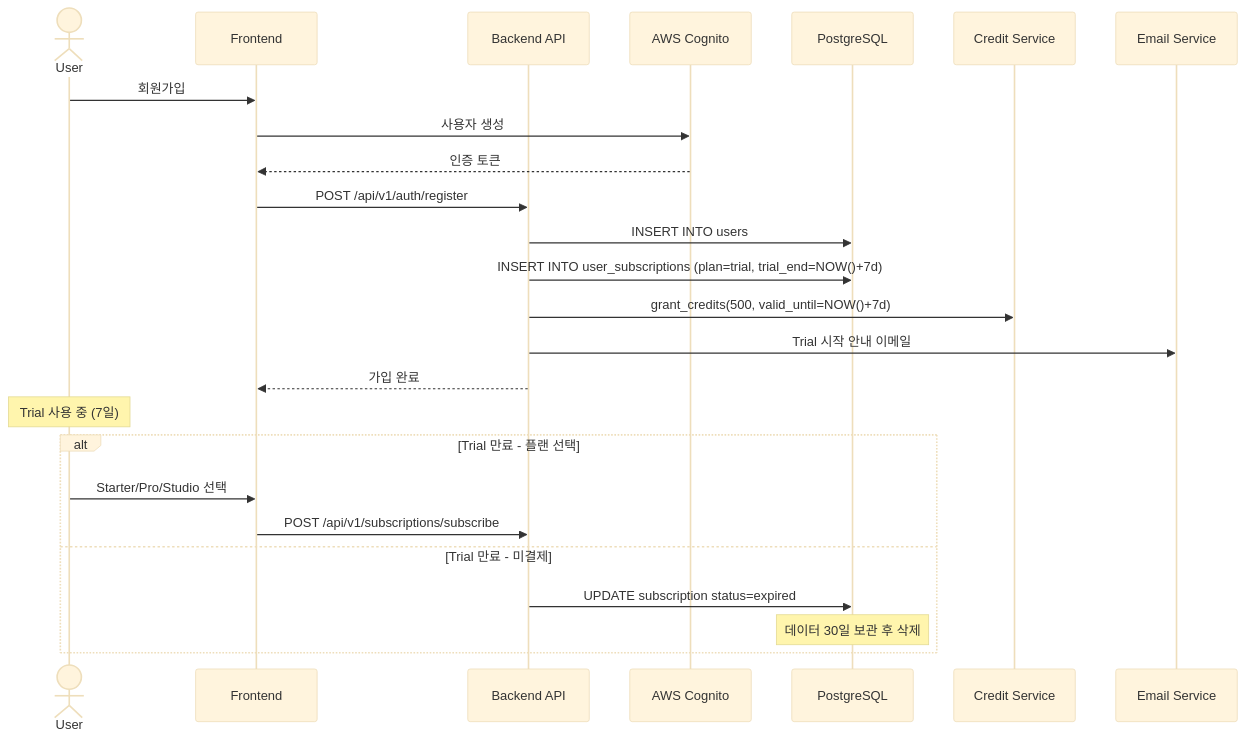
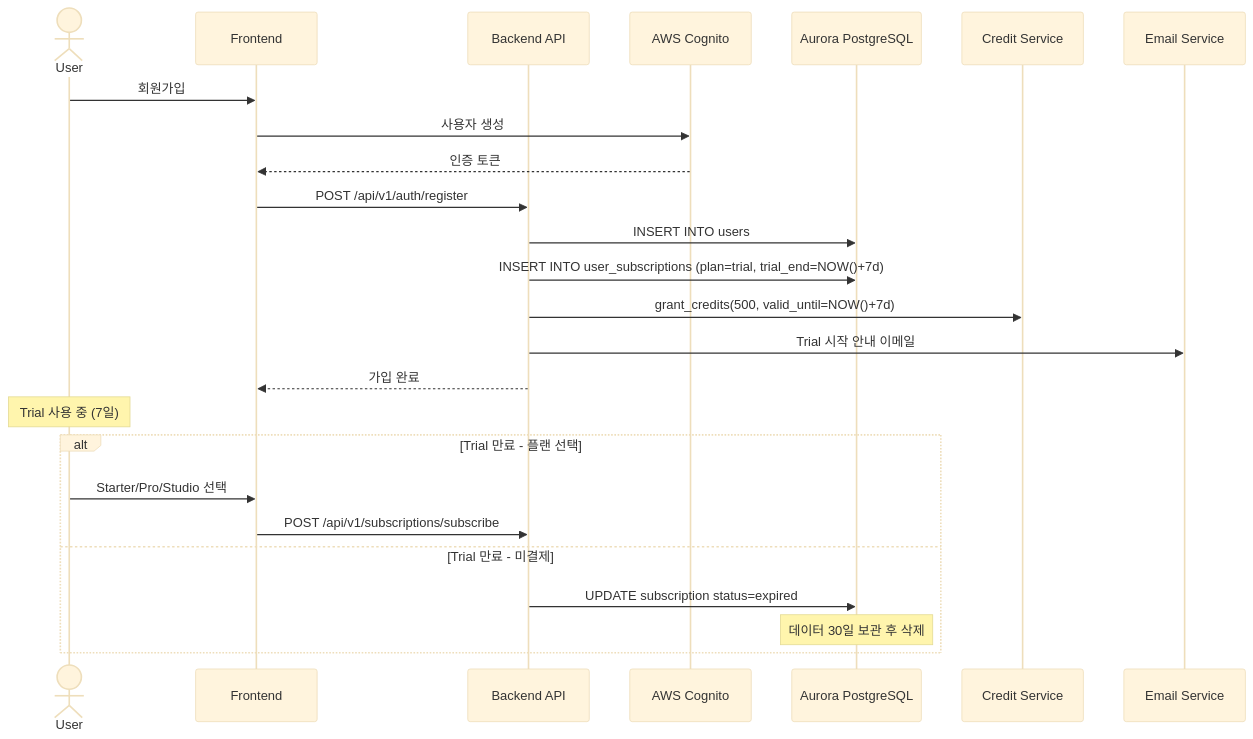
One commit to Pinksea-AI/InvokeAI changed the seventh of 11 diagrams in docs/saas-analysis/05_SUBSCRIPTION_BILLING_SYSTEM.md. Above: the diagram before and after it, drawn with Mermaid (base theme). The commit also changed other lines of this file and 3 other files, not shown here.

First line of the commit message:
docs: RDS→Aurora PostgreSQL 전환 (1차: Docs 01,03,05,08)

````diff
--- a/docs/saas-analysis/05_SUBSCRIPTION_BILLING_SYSTEM.md
+++ b/docs/saas-analysis/05_SUBSCRIPTION_BILLING_SYSTEM.md
@@ -528,31 +528,31 @@
 ```mermaid
 sequenceDiagram
     actor User
     participant UI as Frontend
     participant API as Backend API
     participant Cognito as AWS Cognito
-    participant DB as PostgreSQL
+    participant DB as Aurora PostgreSQL
     participant CS as Credit Service
     participant Email as Email Service
 
     User->>UI: 회원가입
     UI->>Cognito: 사용자 생성
     Cognito-->>UI: 인증 토큰
 
     UI->>API: POST /api/v1/auth/register
     API->>DB: INSERT INTO users
     API->>DB: INSERT INTO user_subscriptions (plan=trial, trial_end=NOW()+7d)
     API->>CS: grant_credits(500, valid_until=NOW()+7d)
     API->>Email: Trial 시작 안내 이메일
     API-->>UI: 가입 완료
 
     Note over User: Trial 사용 중 (7일)
 
     alt Trial 만료 - 플랜 선택
         User->>UI: Starter/Pro/Studio 선택
         UI->>API: POST /api/v1/subscriptions/subscribe
     else Trial 만료 - 미결제
         API->>DB: UPDATE subscription status=expired
         Note over DB: 데이터 30일 보관 후 삭제
     end
 ```
````
